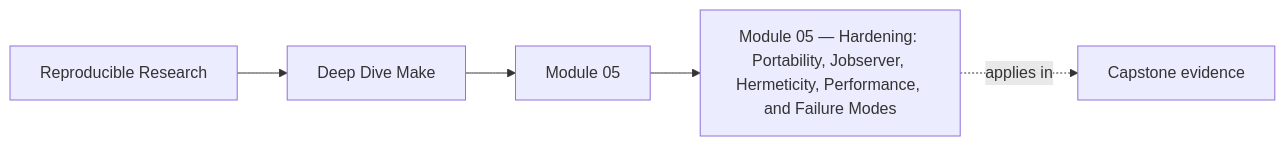
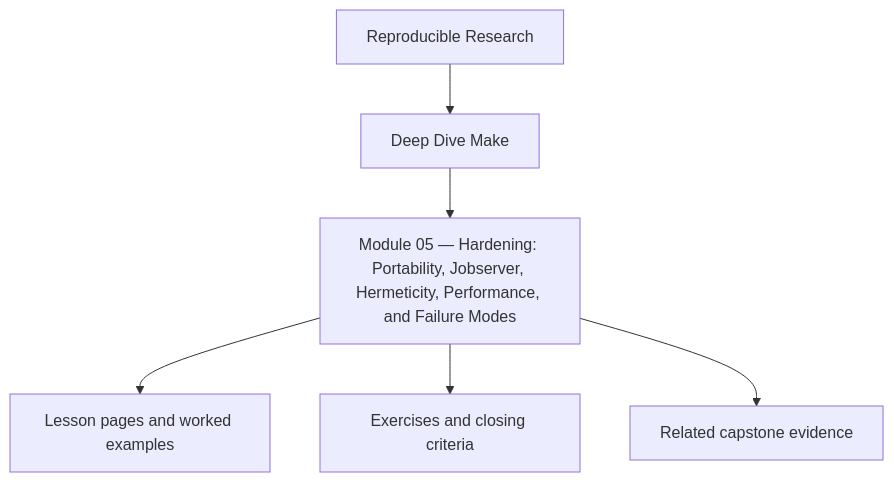
The first of 2 diagrams in programs/reproducible-research/deep-dive-make/course-book/module-05-portability-jobserver-hermeticity-and-failure-modes/index.md (bijux/bijux-masterclass), drawn with Mermaid before and after one commit. The commit also changed other lines of this file and 10 other files, not shown here.

Commit message:
docs(deep-dive-make): reposition module overview diagrams

````diff
--- a/programs/reproducible-research/deep-dive-make/course-book/module-05-portability-jobserver-hermeticity-and-failure-modes/index.md
+++ b/programs/reproducible-research/deep-dive-make/course-book/module-05-portability-jobserver-hermeticity-and-failure-modes/index.md
@@ -8,11 +8,8 @@
 ```mermaid
-graph LR
-  family["Reproducible Research"]
-  program["Deep Dive Make"]
-  section["Module 05"]
-  page["Module 05 — Hardening: Portability, Jobserver, Hermeticity, Performance, and Failure Modes"]
-  capstone["Capstone evidence"]
-
-  family --> program --> section --> page
-  page -.applies in.-> capstone
+flowchart TD
+  family["Reproducible Research"] --> program["Deep Dive Make"]
+  program --> module["Module 05 — Hardening: Portability, Jobserver, Hermeticity, Performance, and Failure Modes"]
+  module --> lessons["Lesson pages and worked examples"]
+  module --> checkpoints["Exercises and closing criteria"]
+  module --> capstone["Related capstone evidence"]
 ```
````
